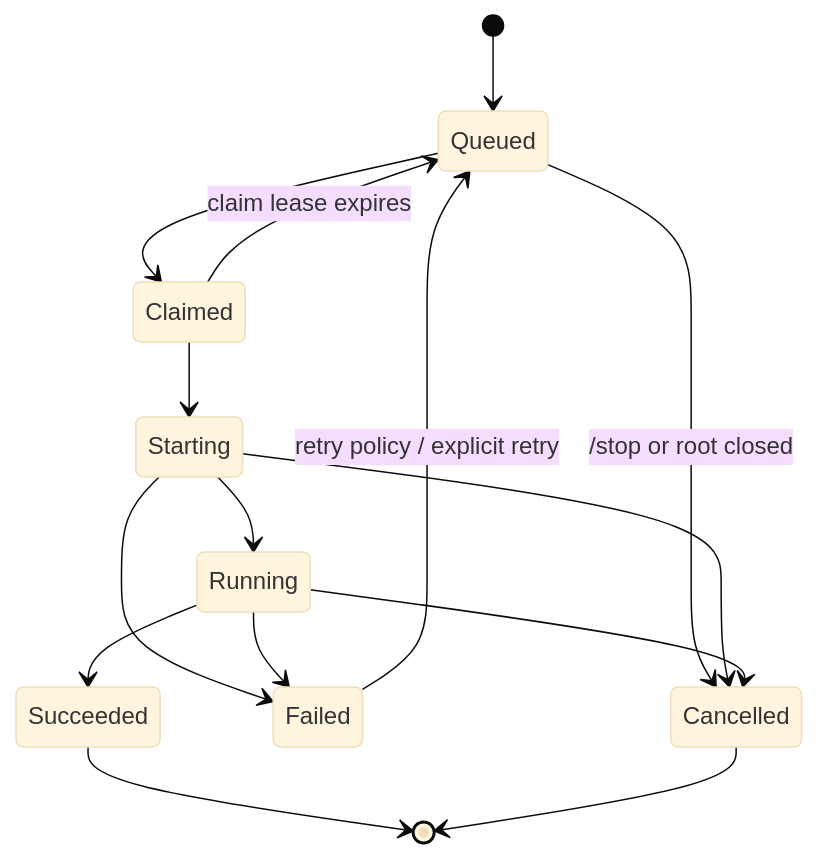
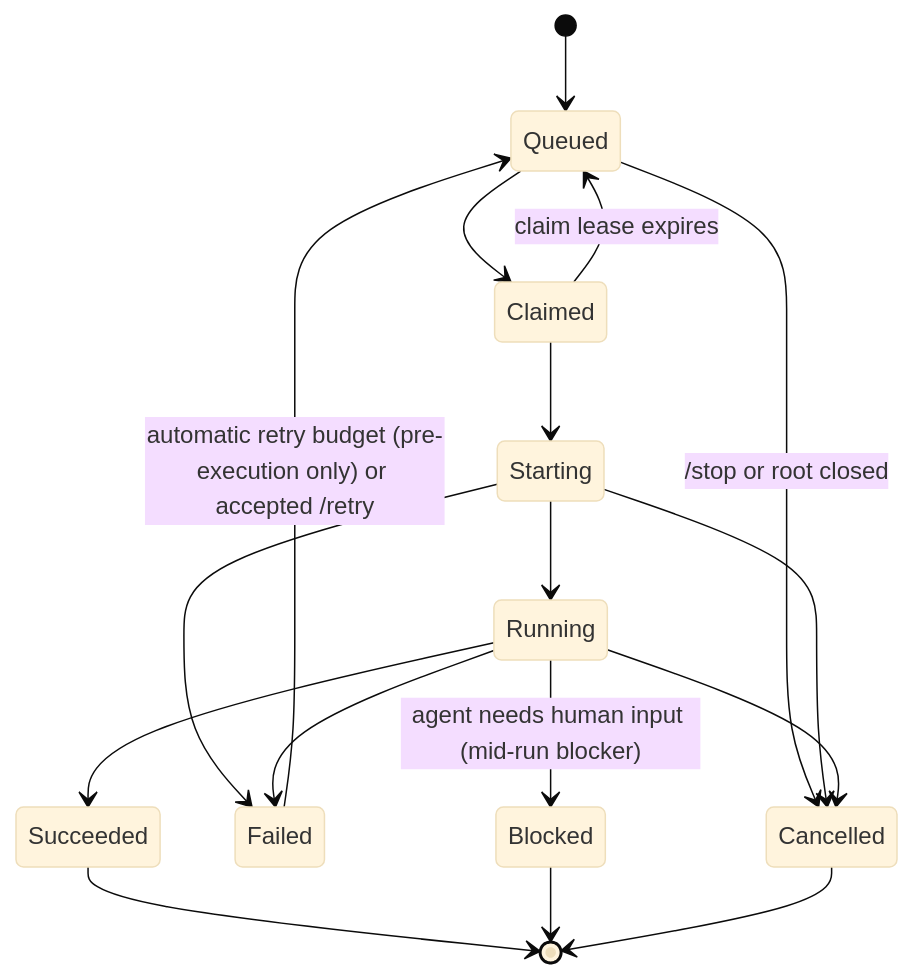
Before and after one commit to aliaksandrZh/ai-worker-01: the second of 5 diagrams in pi-agent-architecture/03-state-machines.md, drawn with Mermaid (base theme). The commit also changed other lines of this file and 6 other files, not shown here.

````diff
--- a/pi-agent-architecture/03-state-machines.md
+++ b/pi-agent-architecture/03-state-machines.md
@@ -32,17 +31,19 @@
 ```mermaid
 stateDiagram-v2
     [*] --> Queued
     Queued --> Claimed
     Queued --> Cancelled: /stop or root closed
     Claimed --> Starting
     Starting --> Running
     Starting --> Failed
     Starting --> Cancelled
     Running --> Succeeded
     Running --> Failed
+    Running --> Blocked: agent needs human input (mid-run blocker)
     Running --> Cancelled
     Claimed --> Queued: claim lease expires
-    Failed --> Queued: retry policy / explicit retry
+    Failed --> Queued: automatic retry budget (pre-execution only) or accepted /retry
     Succeeded --> [*]
+    Blocked --> [*]
     Cancelled --> [*]
 ```
````
